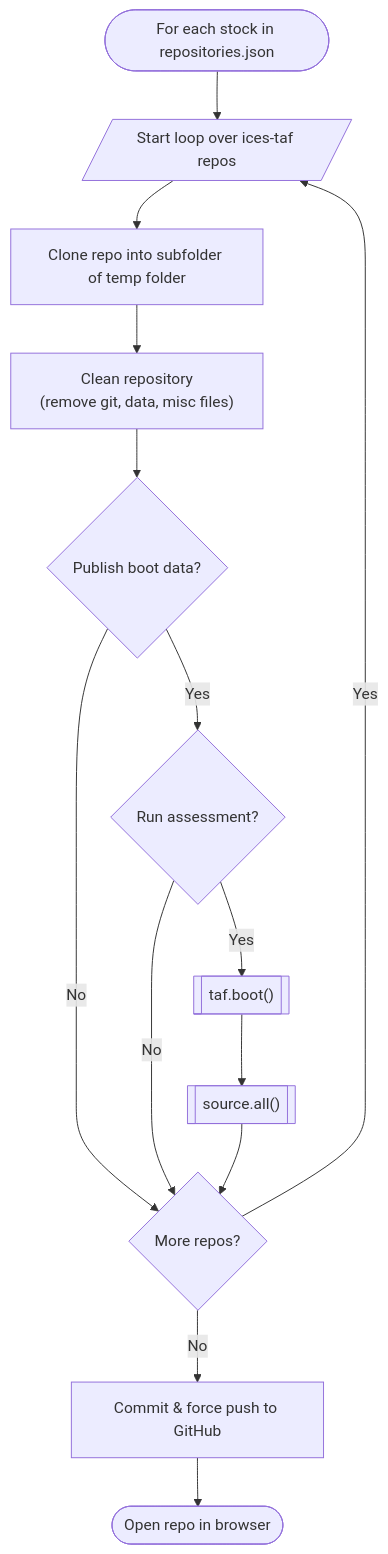
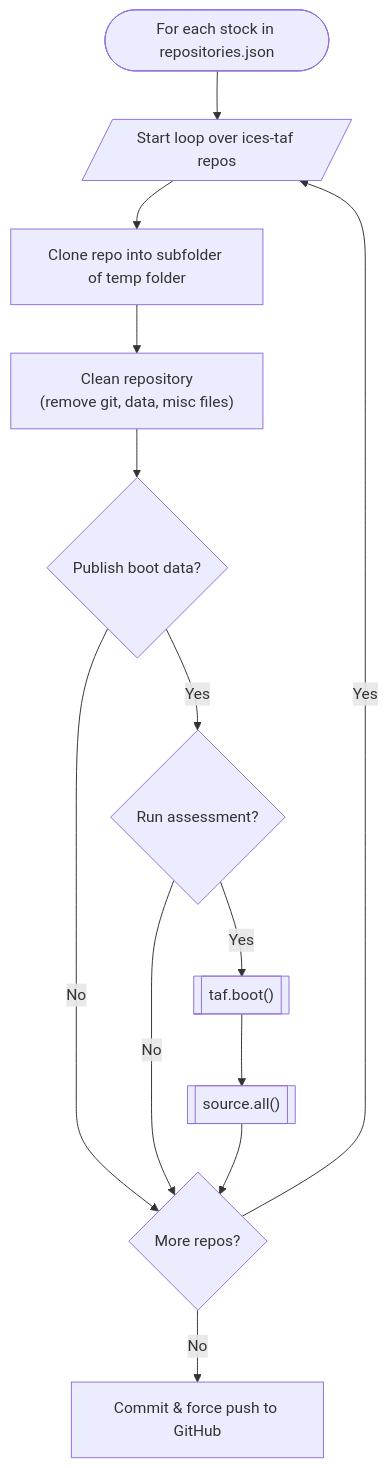
One commit to ices-taf/ices-advice.taf-universe changed the diagram in README.md. Above: the diagram before and after it, drawn with Mermaid. The commit also changed other lines of this file and 3 other files, not shown here.

````diff
--- a/README.md
+++ b/README.md
@@ -7,28 +7,28 @@
 ```mermaid
 flowchart TD
 
 REPOS([For each stock in repositories.json])
 
 REPOS --> LOOP[/Start loop over ices-taf repos/]
 
 LOOP --> CLONE[Clone repo into subfolder of temp folder]
 CLONE --> CLEAN["Clean repository<br/>(remove git, data, misc files)"]
 
 CLEAN --> SAFE{Publish boot data?}
 
 SAFE -->|Yes| RUN{Run assessment?}
 SAFE -->|No| MORE
 
 
 RUN -->|Yes| BOOT[["taf.boot()"]]
 RUN -->|No| MORE[["taf.boot()"]]
 
 BOOT --> SOURCE[["source.all()"]]
 
 
 SOURCE --> MORE{More repos?}
 MORE -->|Yes| LOOP
 MORE -->|No| COMMIT
 
-COMMIT[Commit & force push to GitHub] --> OPEN([Open repo in browser])
+COMMIT[Commit & force push to GitHub]
 ```
````
